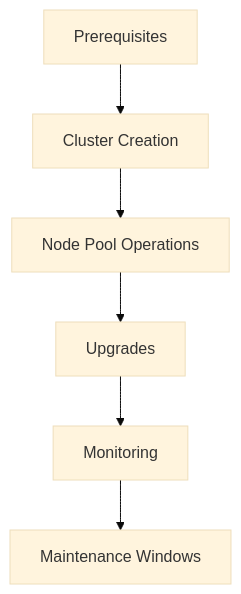
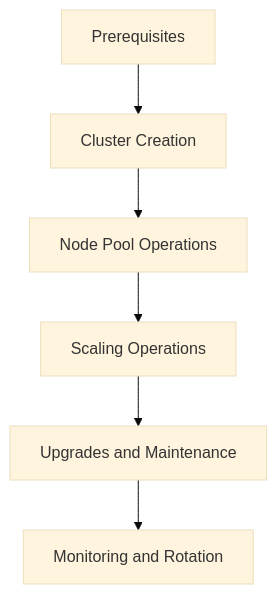
Before and after one commit to yeongseon/azure-kubernetes-service-practical-guide: the third of 4 diagrams in docs/start-here/learning-paths.md, drawn with Mermaid (base theme). The commit also changed other lines of this file, not shown here.

````diff
--- a/docs/start-here/learning-paths.md
+++ b/docs/start-here/learning-paths.md
@@ -61,8 +121,8 @@
 ```mermaid
 flowchart TD
     A[Prerequisites] --> B[Cluster Creation]
     B --> C[Node Pool Operations]
-    C --> D[Upgrades]
-    D --> E[Monitoring]
-    E --> F[Maintenance Windows]
+    C --> D[Scaling Operations]
+    D --> E[Upgrades and Maintenance]
+    E --> F[Monitoring and Rotation]
 ```
````
